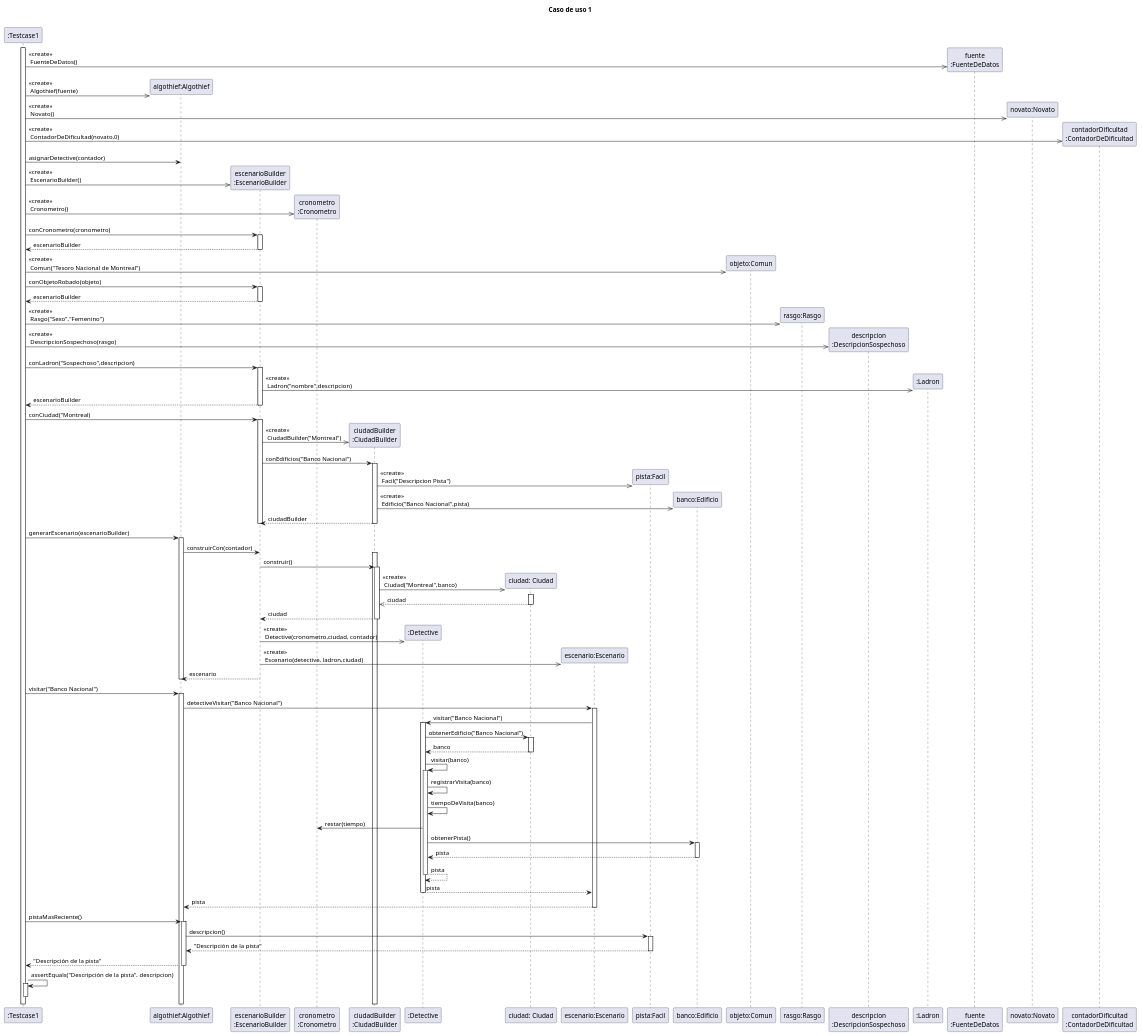
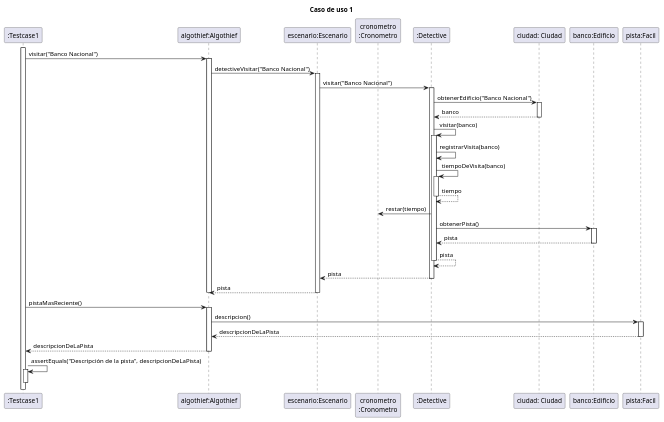
Before and after one commit to MegaRedHand/algo-thief: the diagram in diagrams/sequences/secuencia_entrega1_testcase01.plantuml, drawn with PlantUML. The commit also changed 7 other files, not shown here.

First line of the commit message:
docs: actualizo diagramas de clase

```diff
--- a/diagrams/sequences/secuencia_entrega1_testcase01.plantuml
+++ b/diagrams/sequences/secuencia_entrega1_testcase01.plantuml
@@ -1,132 +1,41 @@
 @startuml
 
 title "Caso de uso 1"
 
 participant ":Testcase1" as testcase
 participant "algothief:Algothief" as algothief
-
-participant "escenarioBuilder\n:EscenarioBuilder" as escenarioBuilder
+participant "escenario:Escenario" as escenario
 participant "cronometro\n:Cronometro" as cron
-participant "ciudadBuilder\n:CiudadBuilder" as ciudadBuilder
-
 participant ":Detective" as detective
 participant "ciudad: Ciudad" as ciudad
-participant "escenario:Escenario" as escenario
+participant "banco:Edificio" as banco
+participant "pista:Facil" as pista
 
-participant "pista:Facil" as pista
-participant "banco:Edificio" as banco
-
-participant "objeto:Comun" as objeto
-participant "rasgo:Rasgo" as rasgo
-participant "descripcion\n:DescripcionSospechoso" as descripcion
-participant ":Ladron" as ladron
-
-participant "fuente\n:FuenteDeDatos" as fuente
-participant "novato:Novato" as novato
-participant "contadorDificultad\n:ContadorDeDificultad" as contDificultad
 
 activate testcase
-create fuente
-testcase ->> fuente: <<create>>\n FuenteDeDatos()
-create algothief
-testcase ->> algothief: <<create>>\n Algothief(fuente)
+testcase -> algothief++: visitar("Banco Nacional")
+    algothief -> escenario++: detectiveVisitar("Banco Nacional")
+        escenario -> detective++: visitar("Banco Nacional")
+            detective -> ciudad++: obtenerEdificio("Banco Nacional")
+                return banco
+            detective -> detective++: visitar(banco)
+                detective -> detective: registrarVisita(banco)
+                detective -> detective++: tiempoDeVisita(banco)
+                    return tiempo
+                detective -> cron: restar(tiempo)
+                detective -> banco++: obtenerPista()
+                    return pista
+                return pista
+            return pista
+        return pista
+    deactivate algothief
 
+testcase -> algothief++: pistaMasReciente()
+    algothief -> pista++: descripcion()
+        return descripcionDeLaPista
+    return descripcionDeLaPista
 
-create novato
-testcase ->> novato: <<create>>\n Novato()
-create contDificultad
-testcase ->> contDificultad: <<create>>\n ContadorDeDificultad(novato,0)
-
-testcase -> algothief: asignarDetective(contador)
-
-
-
-create escenarioBuilder
-testcase ->> escenarioBuilder: <<create>>\n EscenarioBuilder()
-
-create cron
-testcase ->>cron: <<create>>\n Cronometro()
-testcase -> escenarioBuilder: conCronometro(cronometro)
-activate escenarioBuilder
-return escenarioBuilder
-
-
-create objeto
-testcase ->>objeto: <<create>>\n Comun("Tesoro Nacional de Montreal")
-testcase -> escenarioBuilder: conObjetoRobado(objeto)
-activate escenarioBuilder
-return escenarioBuilder
-
-create rasgo
-testcase ->>rasgo: <<create>>\n Rasgo("Sexo","Femenino")
-create descripcion
-testcase ->>descripcion: <<create>>\n DescripcionSospechoso(rasgo)
-testcase -> escenarioBuilder: conLadron("Sospechoso",descripcion)
-activate escenarioBuilder
-create ladron
-escenarioBuilder ->>ladron: <<create>>\n Ladron("nombre",descripcion)
-return escenarioBuilder
-
-testcase -> escenarioBuilder: conCiudad("Montreal)
-activate escenarioBuilder
-create ciudadBuilder
-escenarioBuilder ->>ciudadBuilder: <<create>>\n CiudadBuilder("Montreal")
-escenarioBuilder ->ciudadBuilder: conEdificios("Banco Nacional")
-activate ciudadBuilder
-create pista
-ciudadBuilder ->> pista: <<create>>\n Facil("Descripcion Pista")
-create banco
-ciudadBuilder ->> banco: <<create>>\n Edificio("Banco Nacional",pista)
-return ciudadBuilder
-deactivate escenarioBuilder
-
-testcase -> algothief: generarEscenario(escenarioBuilder)
-activate algothief
-algothief -> escenarioBuilder: construirCon(contador)
-activate ciudadBuilder
-escenarioBuilder -> ciudadBuilder: construir()
-activate ciudadBuilder
-create ciudad
-ciudadBuilder ->> ciudad: <<create>>\n Ciudad("Montreal",banco)
-
-activate ciudad
-return ciudad
-return ciudad
-create detective
-escenarioBuilder->> detective: <<create>>\n Detective(cronometro,ciudad, contador)
-create escenario
-escenarioBuilder->> escenario: <<create>>\n Escenario(detective, ladron,ciudad)
-return escenario
-deactivate algothief
-testcase -> algothief: visitar("Banco Nacional")
-activate algothief
-algothief->escenario: detectiveVisitar("Banco Nacional")
-activate escenario
-escenario -> detective: visitar("Banco Nacional")
-activate detective
-detective -> ciudad: obtenerEdificio("Banco Nacional")
-    activate ciudad
-    return banco
-detective -> detective: visitar(banco)
-activate detective
-    detective -> detective: registrarVisita(banco)
-    detective -> detective: tiempoDeVisita(banco)
-    detective -> cron: restar(tiempo)
-    detective -> banco: obtenerPista()
-        activate banco
-        return pista
-    return pista
-return pista
-return pista
-
-testcase -> algothief: pistaMasReciente()
-activate algothief
-algothief -> pista: descripcion()
-activate pista
-return "Descripción de la pista"
-return "Descripción de la pista"
-testcase -> testcase: assertEquals("Descripción de la pista", descripcion)
-activate testcase
+testcase -> testcase++: assertEquals("Descripción de la pista", descripcionDeLaPista)
 deactivate testcase
 
 @enduml
```
